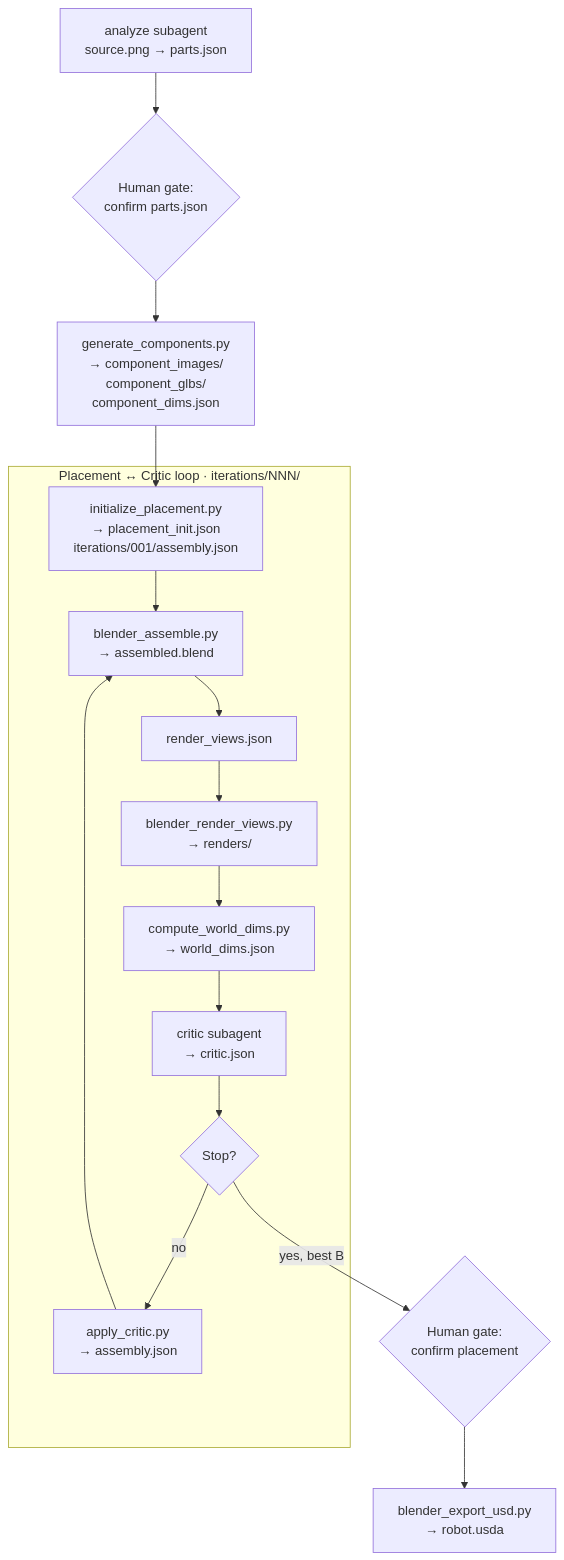
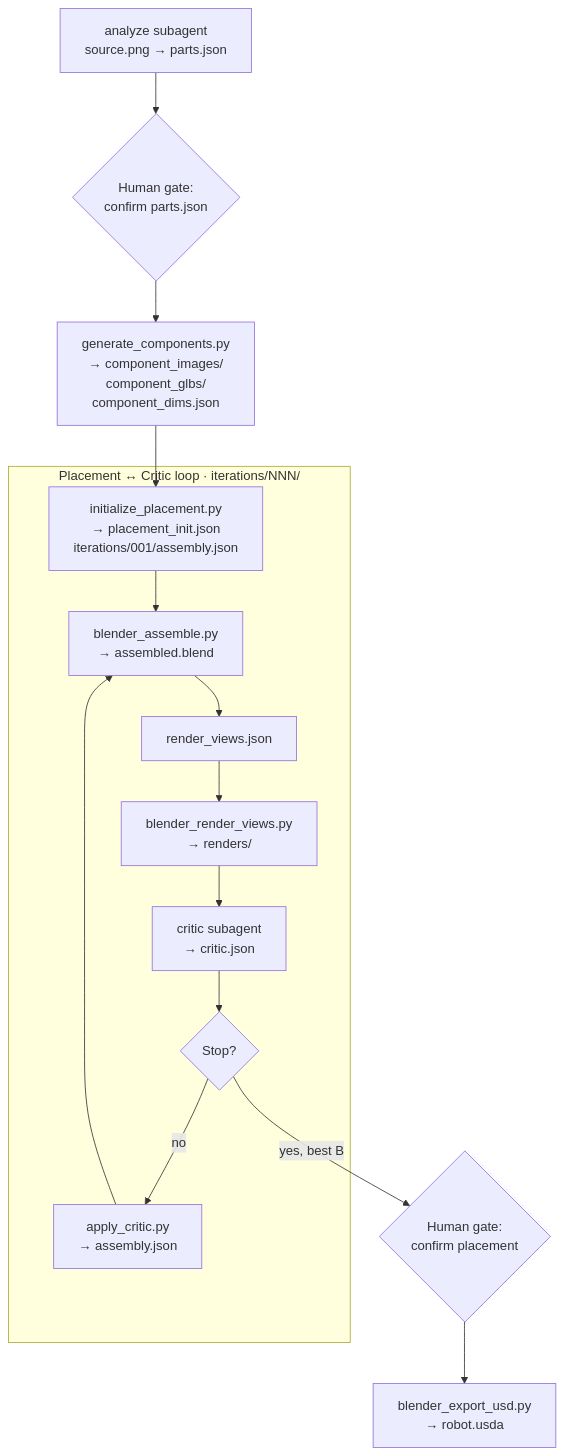
Before and after one commit to aakashvarma/dexter: the diagram in docs/pages/architecture/agentic-loop.mdx, drawn with Mermaid. The commit also changed other lines of this file and 18 other files, not shown here.

````diff
--- a/docs/pages/architecture/agentic-loop.mdx
+++ b/docs/pages/architecture/agentic-loop.mdx
@@ -9,20 +9,19 @@
 ```mermaid
 flowchart TD
     analyze["analyze subagent\nsource.png → parts.json"] --> gate1{"Human gate:\nconfirm parts.json"}
     gate1 --> components["generate_components.py\n→ component_images/\ncomponent_glbs/\ncomponent_dims.json"]
     components --> init["initialize_placement.py\n→ placement_init.json\niterations/001/assembly.json"]
 
     subgraph placeLoop ["Placement ↔ Critic loop · iterations/NNN/"]
         init --> assemble["blender_assemble.py\n→ assembled.blend"]
         apply["apply_critic.py\n→ assembly.json"] --> assemble
         assemble --> renderplan["render_views.json"]
         renderplan --> render["blender_render_views.py\n→ renders/"]
-        render --> worlddims["compute_world_dims.py\n→ world_dims.json"]
-        worlddims --> critique["critic subagent\n→ critic.json"]
+        render --> critique["critic subagent\n→ critic.json"]
         critique --> decide{"Stop?"}
         decide -->|no| apply
     end
 
     decide -->|yes, best B| gate2{"Human gate:\nconfirm placement"}
     gate2 --> usd["blender_export_usd.py\n→ robot.usda"]
 ```
````
